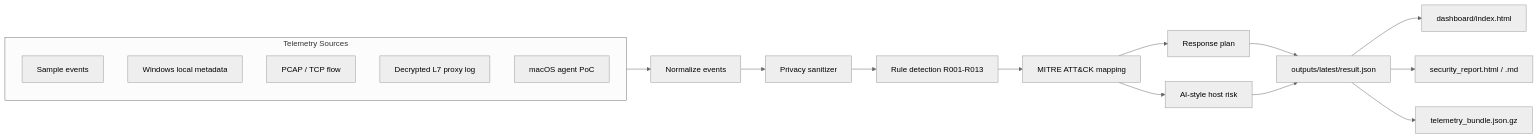
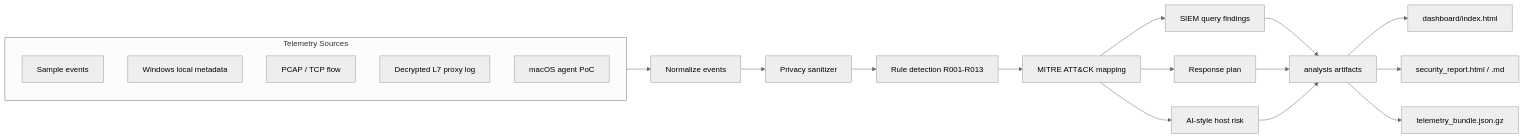
The diagram in poc_code/security_edr_agent_parser/README.md (altius03/tecker-poc-lab), drawn with Mermaid (neutral theme) before and after one commit. The commit also changed other lines of this file and 21 other files, not shown here.

````diff
--- a/poc_code/security_edr_agent_parser/README.md
+++ b/poc_code/security_edr_agent_parser/README.md
@@ -34,22 +35,24 @@
 ```mermaid
 flowchart LR
   subgraph INPUT["Telemetry Sources"]
     A["Sample events"]
     B["Windows local metadata"]
     C["PCAP / TCP flow"]
     D["Decrypted L7 proxy log"]
     E["macOS agent PoC"]
   end
 
   INPUT --> N["Normalize events"]
   N --> P["Privacy sanitizer"]
   P --> R["Rule detection R001-R013"]
   R --> M["MITRE ATT&CK mapping"]
+  M --> S["SIEM query findings"]
   M --> X["Response plan"]
   M --> AI["AI-style host risk"]
-  X --> O["outputs/latest/result.json"]
+  S --> O["analysis artifacts"]
+  X --> O
   AI --> O
   O --> DASH["dashboard/index.html"]
   O --> REP["security_report.html / .md"]
   O --> PIPE["telemetry_bundle.json.gz"]
 ```
````
